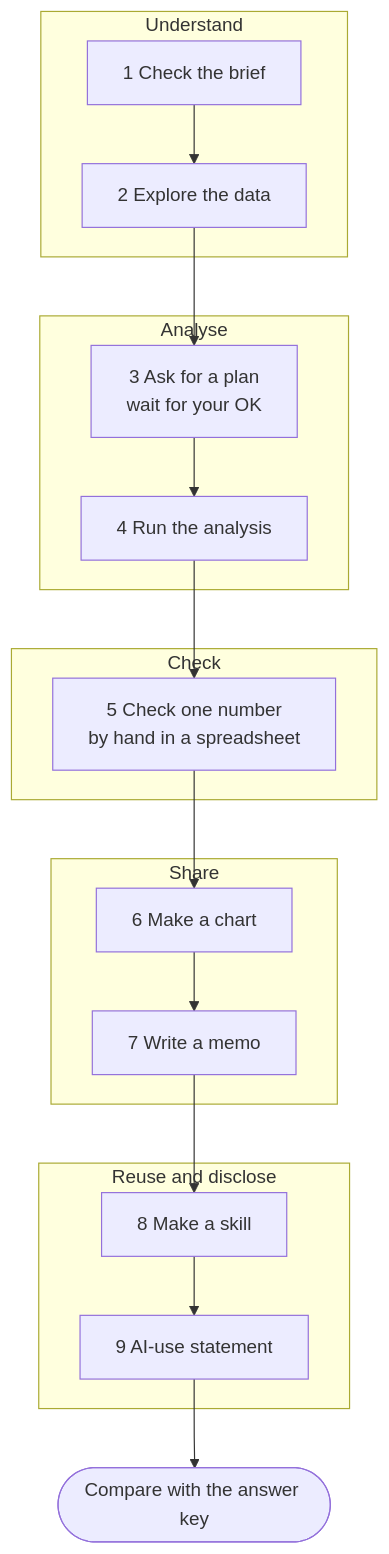
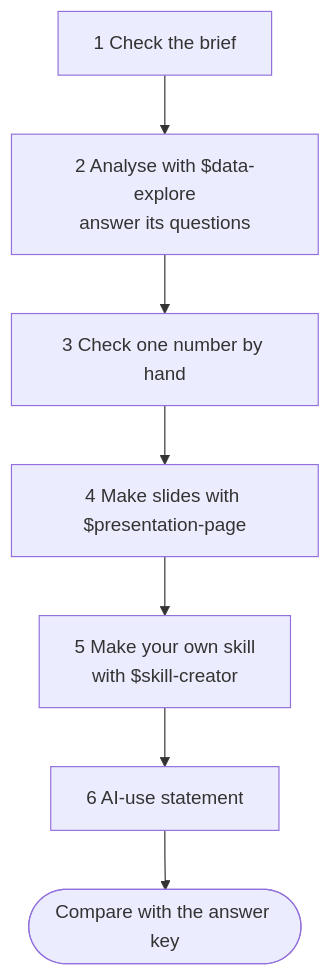
The diagram in 99-follow-my-example/README.md (Pann13223029/codex-seminar), drawn with Mermaid before and after one commit. The commit also changed other lines of this file and 28 other files, not shown here.

````diff
--- a/99-follow-my-example/README.md
+++ b/99-follow-my-example/README.md
@@ -20,23 +20,9 @@
 ```mermaid
 flowchart TD
-    subgraph U["Understand"]
-        S1["1 Check the brief"] --> S2["2 Explore the data"]
-    end
-    subgraph A["Analyse"]
-        S3["3 Ask for a plan<br/>wait for your OK"] --> S4["4 Run the analysis"]
-    end
-    subgraph C["Check"]
-        S5["5 Check one number<br/>by hand in a spreadsheet"]
-    end
-    subgraph S["Share"]
-        S6["6 Make a chart"] --> S7["7 Write a memo"]
-    end
-    subgraph R["Reuse and disclose"]
-        S8["8 Make a skill"] --> S9["9 AI-use statement"]
-    end
-    S2 --> S3
-    S4 --> S5
-    S5 --> S6
-    S7 --> S8
-    S9 --> K(["Compare with the answer key"])
+    S1["1 Check the brief"] --> S2["2 Analyse with $data-explore<br/>answer its questions"]
+    S2 --> S3["3 Check one number by hand"]
+    S3 --> S4["4 Make slides with $presentation-page"]
+    S4 --> S5["5 Make your own skill<br/>with $skill-creator"]
+    S5 --> S6["6 AI-use statement"]
+    S6 --> K(["Compare with the answer key"])
 ```
````
